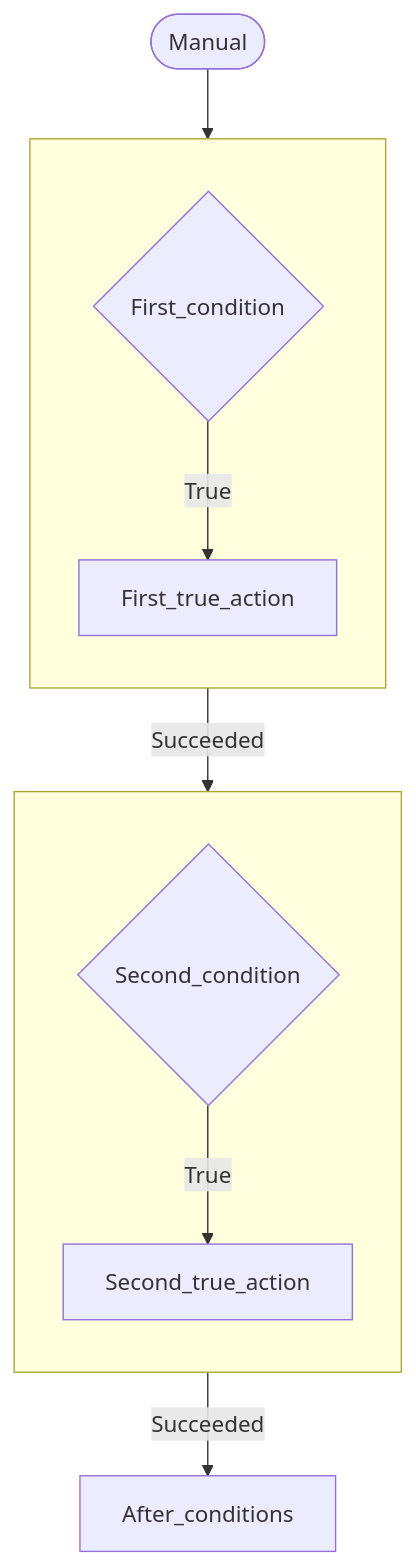
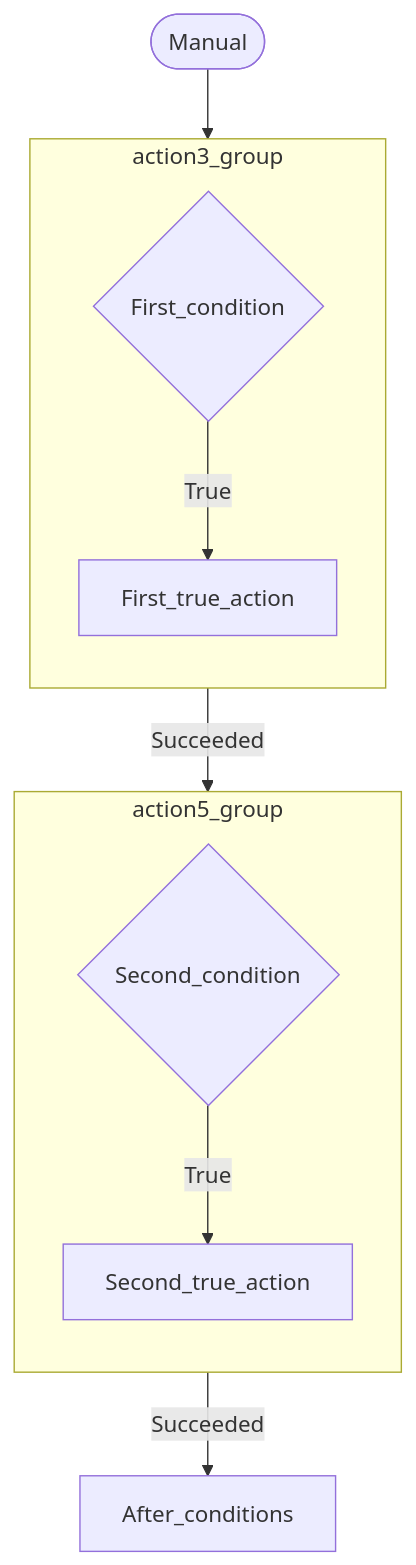
One commit to autosysops/PowerShell_PowerPlatformChecker changed the diagram in tests/fixtures/expected/FlowChart.TrueOnlyConditionFlow.expected.md. Above: the diagram before and after it, drawn with Mermaid. The commit also changed 80 other files, not shown here.

Commit message:
Added option to generate flowcharts for desktop flows and get information from power apps (model and canvas). Also added option to generate external diagrams.

```diff
--- a/tests/fixtures/expected/FlowChart.TrueOnlyConditionFlow.expected.md
+++ b/tests/fixtures/expected/FlowChart.TrueOnlyConditionFlow.expected.md
@@ -1,20 +1,20 @@
 :::mermaid
 flowchart TB
 action0(["Manual"])
 action1["After_conditions"]
-subgraph action3_group[" "]
+subgraph action3_group
 direction TB
 action2["First_true_action"]
 action3{"First_condition"}
 action3 -- True --> action2
 end
-subgraph action5_group[" "]
+subgraph action5_group
 direction TB
 action4["Second_true_action"]
 action5{"Second_condition"}
 action5 -- True --> action4
 end
 action0 --> action3_group
 action3_group -- Succeeded --> action5_group
 action5_group -- Succeeded --> action1
 :::
```
